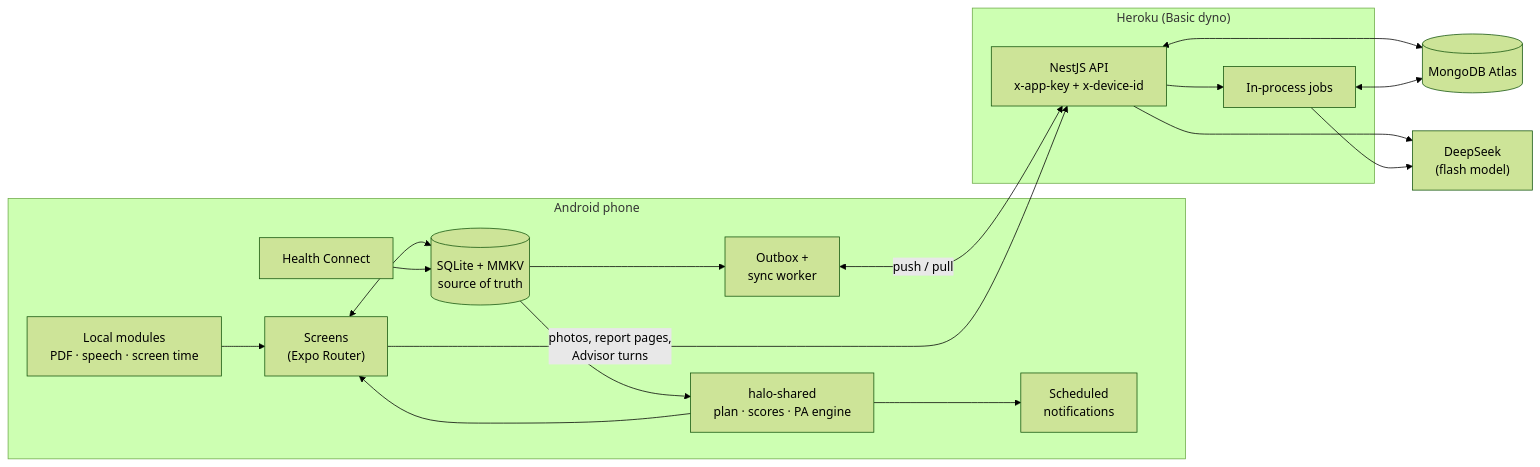
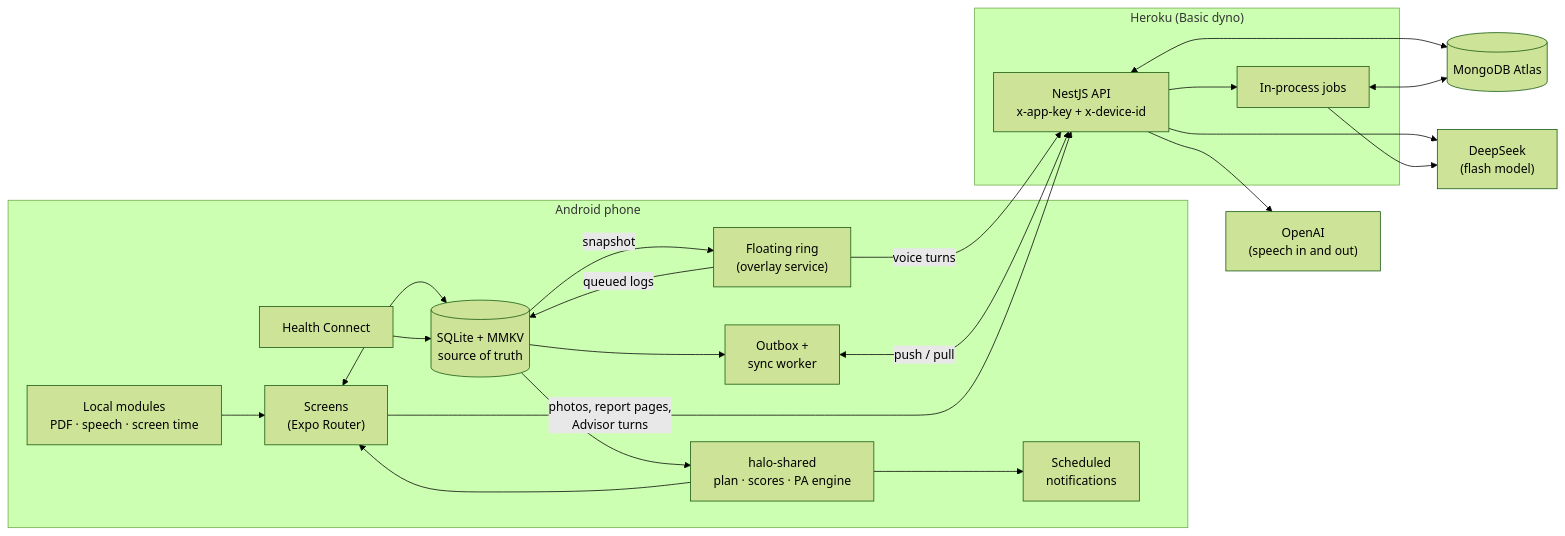
One commit to mathdebate09/halo changed the diagram in README.md. Above: the diagram before and after it, drawn with Mermaid (forest theme). The commit also changed other lines of this file and 1 other file, not shown here.

Commit message:
docs: the floating ring and voice in the README and architecture

````diff
--- a/README.md
+++ b/README.md
@@ -152,33 +153,39 @@
 ```mermaid
 flowchart LR
   subgraph Phone["Android phone"]
     UI["Screens<br/>(Expo Router)"]
     Store[("SQLite + MMKV<br/>source of truth")]
     Engine["halo-shared<br/>plan · scores · PA engine"]
     Outbox["Outbox +<br/>sync worker"]
     Native["Local modules<br/>PDF · speech · screen time"]
+    Ring["Floating ring<br/>(overlay service)"]
     HC["Health Connect"]
     Notif["Scheduled<br/>notifications"]
   end
   subgraph Heroku["Heroku (Basic dyno)"]
     API["NestJS API<br/>x-app-key + x-device-id"]
     Jobs["In-process jobs"]
   end
   Atlas[("MongoDB Atlas")]
   DS["DeepSeek<br/>(flash model)"]
+  OAI["OpenAI<br/>(speech in and out)"]
 
   UI <--> Store
   Engine --> UI
   Store --> Engine
   HC --> Store
   Native --> UI
+  Store -->|"snapshot"| Ring
+  Ring -->|"queued logs"| Store
+  Ring -->|"voice turns"| API
   Engine --> Notif
   Store --> Outbox
   Outbox <-->|"push / pull"| API
   UI -->|"photos, report pages,<br/>Advisor turns"| API
   API --> Jobs
   API <--> Atlas
   Jobs <--> Atlas
   API --> DS
+  API --> OAI
   Jobs --> DS
 ```
````
